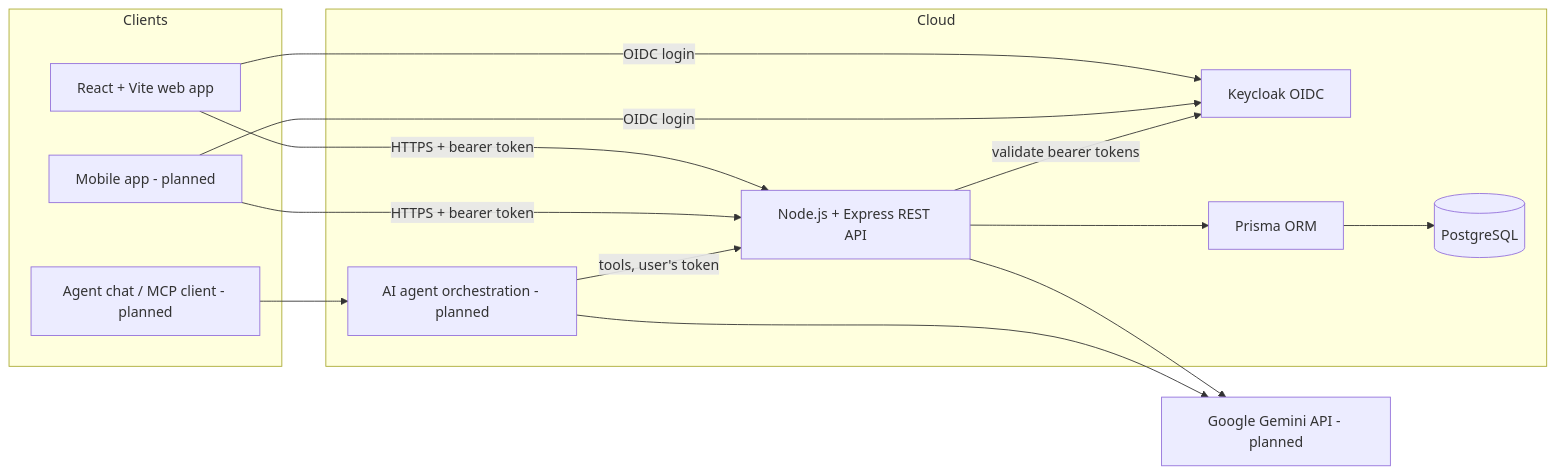
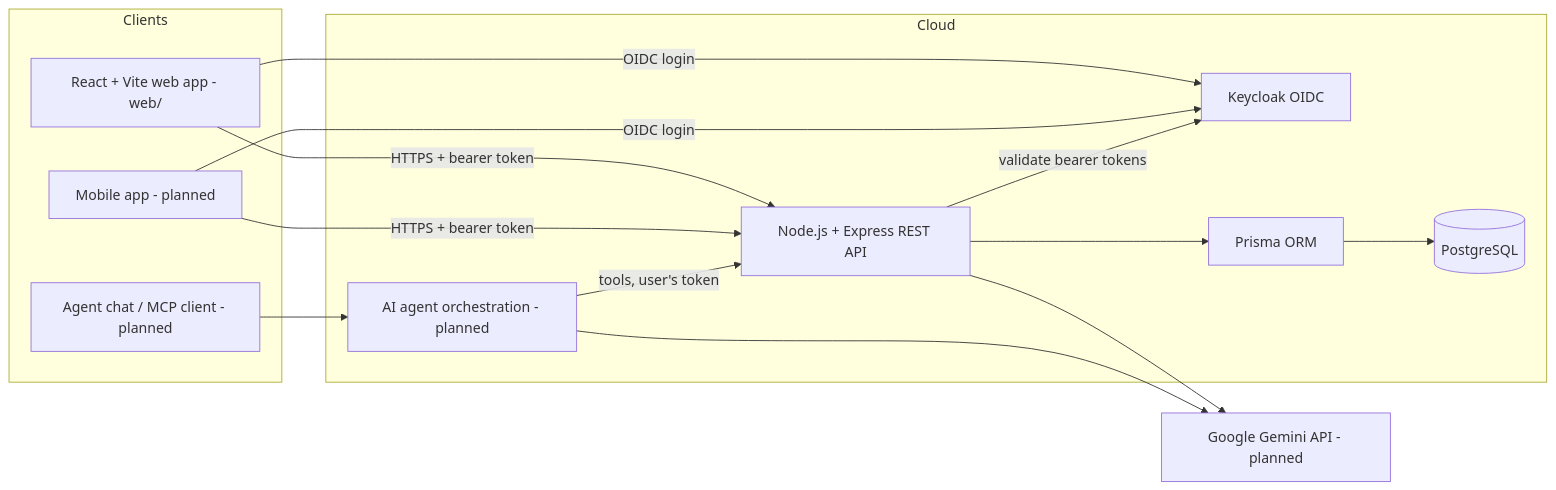
The first of 3 diagrams in docs/architecture.md (is-fri-2026/project-raph-oilhan), drawn with Mermaid before and after one commit. The commit also changed other lines of this file and 26 other files, not shown here.

````diff
--- a/docs/architecture.md
+++ b/docs/architecture.md
@@ -8,28 +9,28 @@
 ```mermaid
 flowchart LR
     subgraph Clients
-        Web[React + Vite web app]
+        Web[React + Vite web app - web/]
         Mobile[Mobile app - planned]
         AgentUI[Agent chat / MCP client - planned]
     end
     subgraph Cloud
         API[Node.js + Express REST API]
         Agent[AI agent orchestration - planned]
         Auth[Keycloak OIDC]
         ORM[Prisma ORM]
         DB[(PostgreSQL)]
     end
     LLM[Google Gemini API - planned]
 
     Web -->|HTTPS + bearer token| API
     Mobile -->|HTTPS + bearer token| API
     AgentUI --> Agent
     Agent -->|tools, user's token| API
     Web -->|OIDC login| Auth
     Mobile -->|OIDC login| Auth
     API -->|validate bearer tokens| Auth
     API --> ORM
     ORM --> DB
     API --> LLM
     Agent --> LLM
 ```
````
